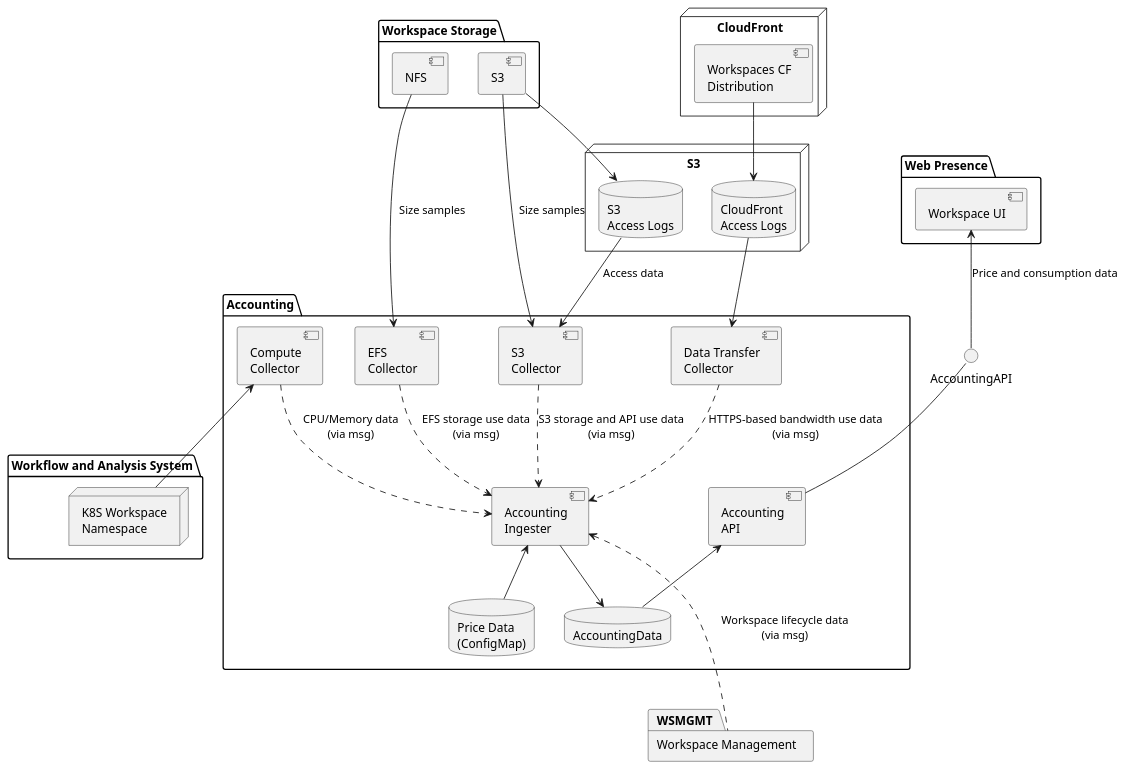
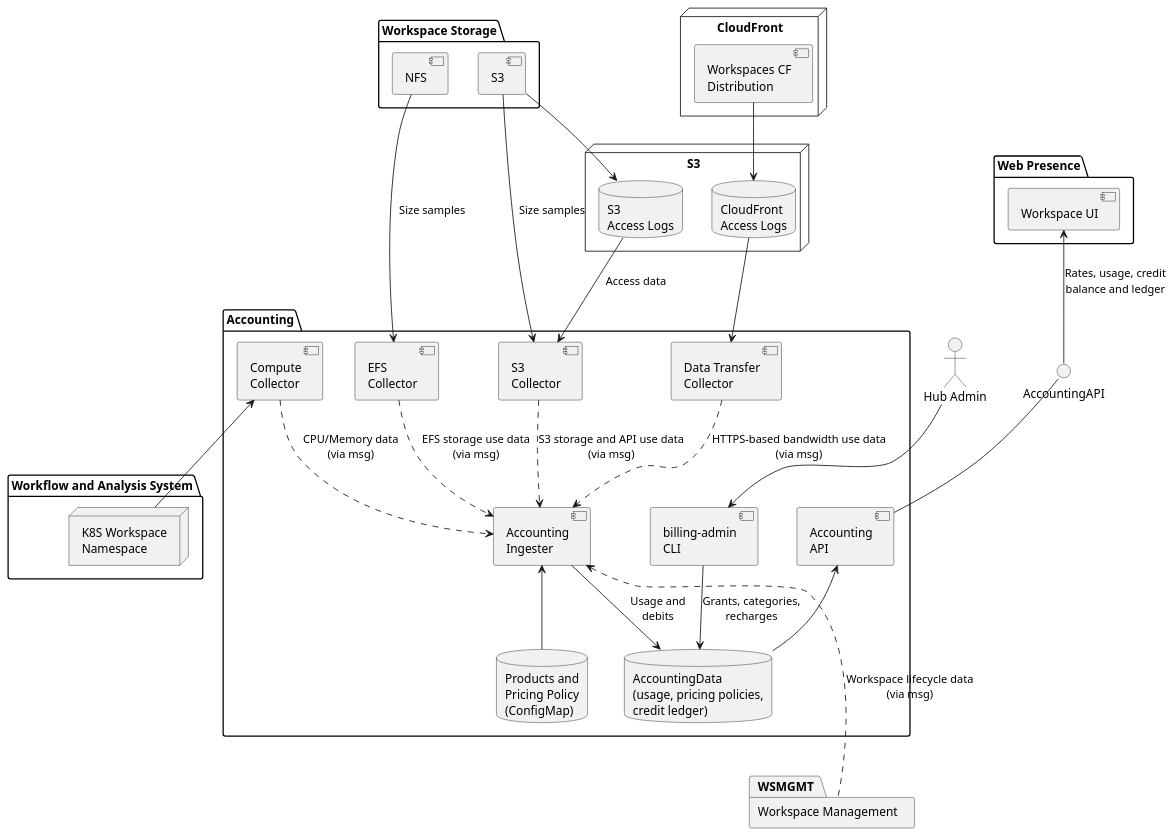
Before and after one commit to EO-DataHub/eodhp-guide: the diagram in docs/architecture/architectural-design/accounting-and-costing-services.md, drawn with PlantUML. The commit also changed other lines of this file and 3 other files, not shown here.

First line of the commit message:
docs: document credit charging, pricing policies and ledger in accounting

````diff
--- a/docs/architecture/architectural-design/accounting-and-costing-services.md
+++ b/docs/architecture/architectural-design/accounting-and-costing-services.md
@@ -14,71 +14,76 @@
 ```kroki-plantuml
 @startuml
 
 
 package "Web Presence" {
   [Workspace UI] as WorkspaceUI
 }
 
 package "Workspace Storage" as UserStorage {
   [S3] as S3Storage
   [NFS] as NFSStorage
 }
   
 package "Workspace Management" as WSMGMT {
 }
 
 package "Workflow and Analysis System" as WAS {
   node "K8S Workspace\nNamespace" as WorkspaceNamespace {
   }
 }
 
 node CloudFront {
   [Workspaces CF\nDistribution] as WorkspaceCF
 }
 
 node S3 {
   database "CloudFront\nAccess Logs" as CFLogs
   database "S3\nAccess Logs" as S3Logs
 }
 
 S3Storage --> S3Logs
 WorkspaceCF --> CFLogs
 
 package "Accounting" {
   [Accounting\nAPI] as API
   [Accounting\nIngester] as Ingester
+  [billing-admin\nCLI] as AdminCLI
   [EFS\nCollector] as EFSCollector
   [S3\nCollector] as S3Collector
   [Data Transfer\nCollector] as EgressCollector
   [Compute\nCollector] as ComputeCollector
 
-  database AccountingData
+  database "AccountingData\n(usage, pricing policies,\ncredit ledger)" as AccountingData
 
   API <-- AccountingData
-  Ingester --> AccountingData
+  Ingester --> AccountingData : Usage and\ndebits
+  AdminCLI --> AccountingData : Grants, categories,\nrecharges
 
 
-  database "Price Data\n(ConfigMap)" as PriceData
+  database "Products and\nPricing Policy\n(ConfigMap)" as PriceData
   Ingester <-- PriceData
 }
 
+actor "Hub Admin" as HubAdmin
+HubAdmin --> AdminCLI
+
 interface AccountingAPI
-WorkspaceUI <-- AccountingAPI : Price and consumption data
+WorkspaceUI <-- AccountingAPI : Rates, usage, credit\nbalance and ledger
 AccountingAPI -- API
 
 Ingester <... WSMGMT : Workspace lifecycle data\n(via msg)
 ComputeCollector <-- WorkspaceNamespace
 ComputeCollector ..> Ingester : CPU/Memory data\n(via msg)
 
 CFLogs --> EgressCollector
 EgressCollector ..> Ingester : HTTPS-based bandwidth use data\n(via msg)
 
 S3Logs --> S3Collector : Access data
 S3Storage --> S3Collector : Size samples
 S3Collector ..> Ingester : S3 storage and API use data\n(via msg)
 
 NFSStorage --> EFSCollector : Size samples
 EFSCollector ..> Ingester : EFS storage use data\n(via msg)
 
 @enduml
 ```
````
